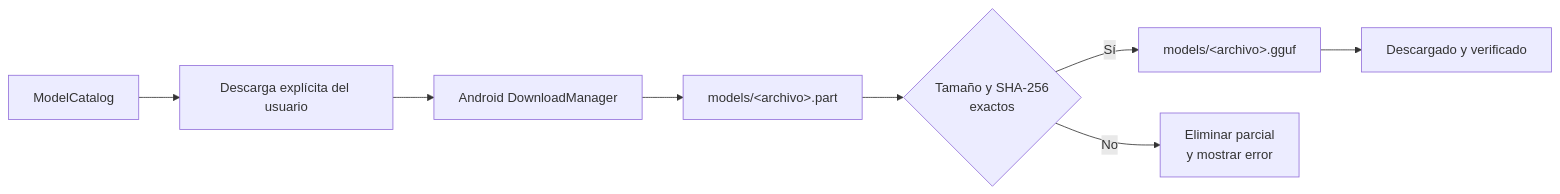
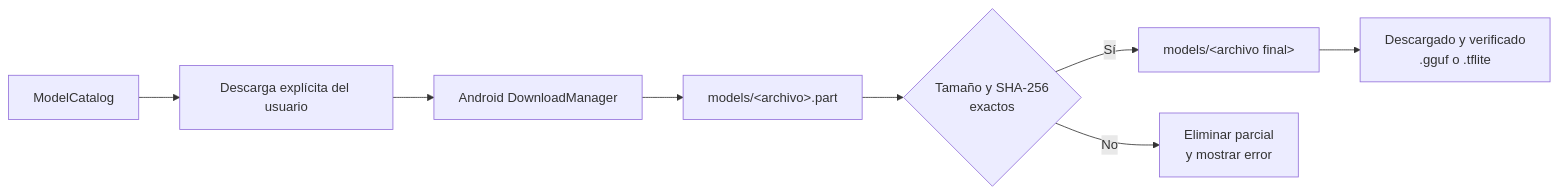
The third of 5 diagrams in docs/ARCHITECTURE.md (arielmendz/kiko), drawn with Mermaid before and after one commit. The commit also changed other lines of this file and 26 other files, not shown here.

````diff
--- a/docs/ARCHITECTURE.md
+++ b/docs/ARCHITECTURE.md
@@ -76,10 +126,10 @@
 ```mermaid
 flowchart LR
     Catalog["ModelCatalog"] --> Action["Descarga explícita del usuario"]
     Action --> Manager["Android DownloadManager"]
     Manager --> Partial["models/&lt;archivo&gt;.part"]
     Partial --> Verify{"Tamaño y SHA-256<br/>exactos"}
-    Verify -- "Sí" --> Final["models/&lt;archivo&gt;.gguf"]
-    Final --> Ready["Descargado y verificado"]
+    Verify -- "Sí" --> Final["models/&lt;archivo final&gt;"]
+    Final --> Ready["Descargado y verificado<br/>.gguf o .tflite"]
     Verify -- "No" --> Delete["Eliminar parcial<br/>y mostrar error"]
 ```
````
